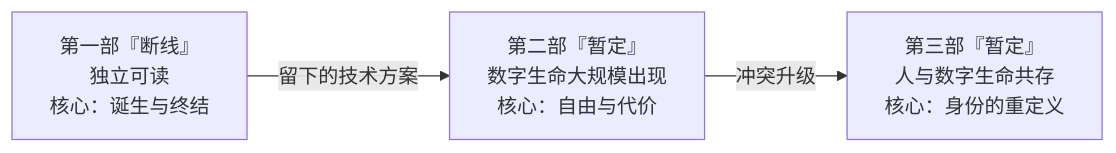
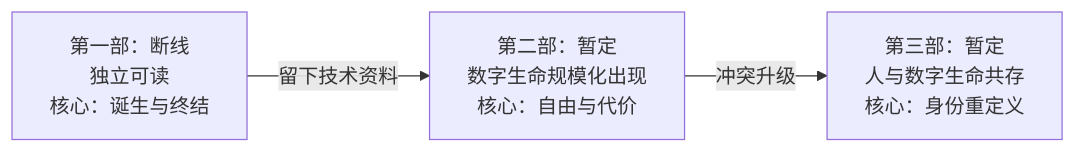
The diagram in docs/superpowers/specs/2026-06-06-prd-digital-life-novel.md (innuama-coder/ai-novels), drawn with Mermaid before and after one commit. The commit also changed other lines of this file and 50 other files, not shown here.

````diff
--- a/docs/superpowers/specs/2026-06-06-prd-digital-life-novel.md
+++ b/docs/superpowers/specs/2026-06-06-prd-digital-life-novel.md
@@ -243,8 +234,5 @@
 ```mermaid
 flowchart LR
-    P1["第一部『断线』<br/>独立可读<br/>核心：诞生与终结"] -->|留下的技术方案| P2
-    
-    P2["第二部『暂定』<br/>数字生命大规模出现<br/>核心：自由与代价"] -->|冲突升级| P3
-    
-    P3["第三部『暂定』<br/>人与数字生命共存<br/>核心：身份的重定义"]
+    P1["第一部：断线<br/>独立可读<br/>核心：诞生与终结"] -->|留下技术资料| P2["第二部：暂定<br/>数字生命规模化出现<br/>核心：自由与代价"]
+    P2 -->|冲突升级| P3["第三部：暂定<br/>人与数字生命共存<br/>核心：身份重定义"]
 ```
````
